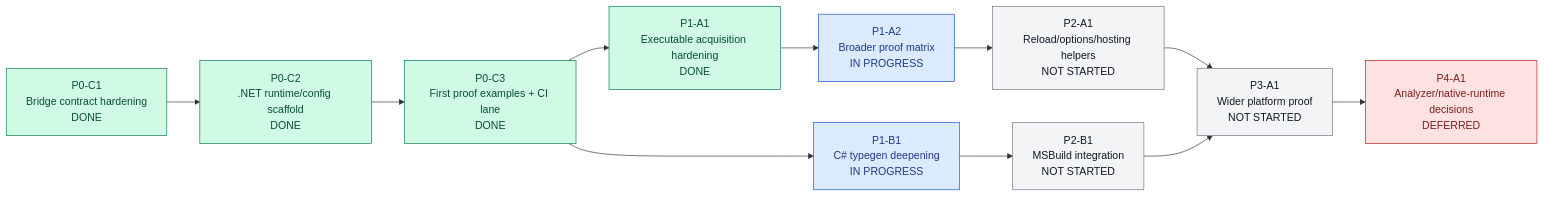
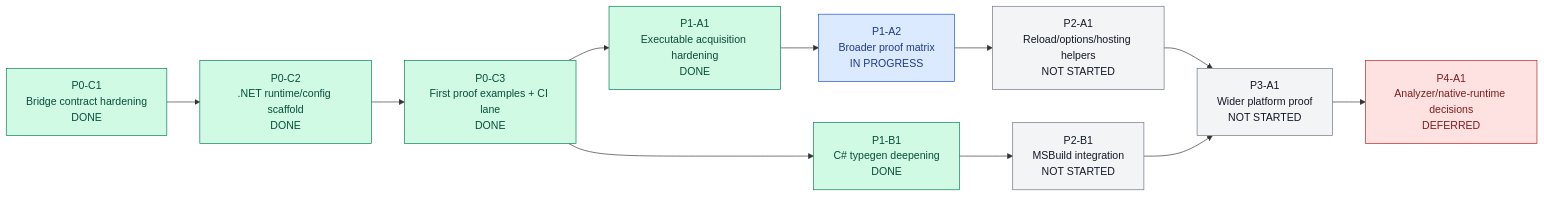
Before and after one commit to matthewcorven/varlock: the diagram in .squad/progression.md, drawn with Mermaid. The commit also changed 15 other files, not shown here.

````diff
--- a/.squad/progression.md
+++ b/.squad/progression.md
@@ -16,24 +16,24 @@
 ```mermaid
 flowchart LR
   P0C1["P0-C1\nBridge contract hardening\nDONE"] --> P0C2["P0-C2\n.NET runtime/config scaffold\nDONE"]
   P0C2 --> P0C3["P0-C3\nFirst proof examples + CI lane\nDONE"]
   P0C3 --> P1A1["P1-A1\nExecutable acquisition hardening\nDONE"]
-  P0C3 --> P1B1["P1-B1\nC# typegen deepening\nIN PROGRESS"]
+  P0C3 --> P1B1["P1-B1\nC# typegen deepening\nDONE"]
   P1A1 --> P1A2["P1-A2\nBroader proof matrix\nIN PROGRESS"]
   P1B1 --> P2B1["P2-B1\nMSBuild integration\nNOT STARTED"]
   P1A2 --> P2A1["P2-A1\nReload/options/hosting helpers\nNOT STARTED"]
   P2A1 --> P3A1["P3-A1\nWider platform proof\nNOT STARTED"]
   P2B1 --> P3A1
   P3A1 --> P4A1["P4-A1\nAnalyzer/native-runtime decisions\nDEFERRED"]
 
   classDef done fill:#d1fae5,stroke:#047857,color:#064e3b;
   classDef next fill:#fef3c7,stroke:#b45309,color:#78350f;
   classDef progress fill:#dbeafe,stroke:#1d4ed8,color:#1e3a8a;
   classDef idle fill:#f3f4f6,stroke:#6b7280,color:#111827;
   classDef deferred fill:#fee2e2,stroke:#b91c1c,color:#7f1d1d;
 
-  class P0C1,P0C2,P0C3,P1A1 done;
-  class P1B1,P1A2 progress;
+  class P0C1,P0C2,P0C3,P1A1,P1B1 done;
+  class P1A2 progress;
   class P2A1,P2B1,P3A1 idle;
   class P4A1 deferred;
 ```
````
